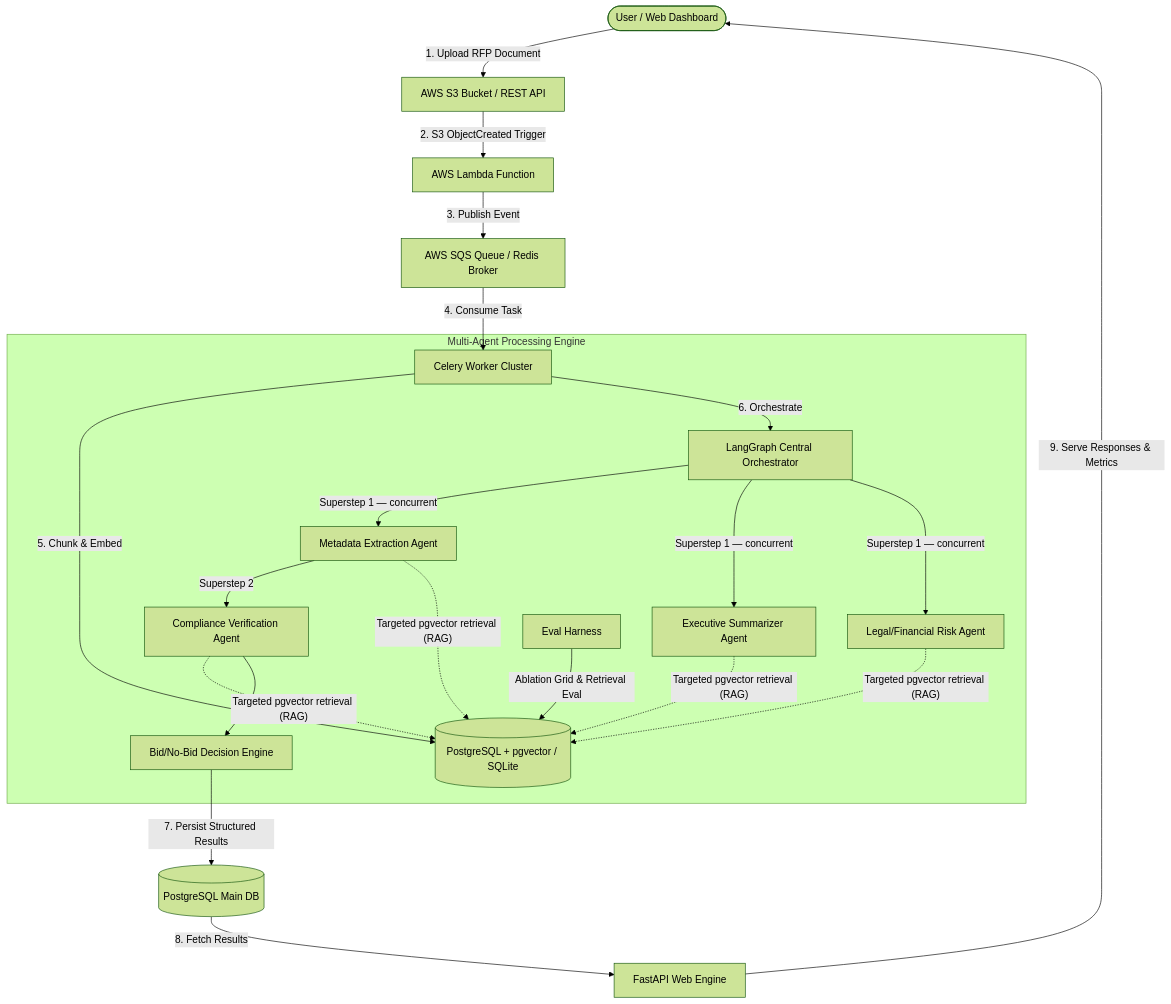
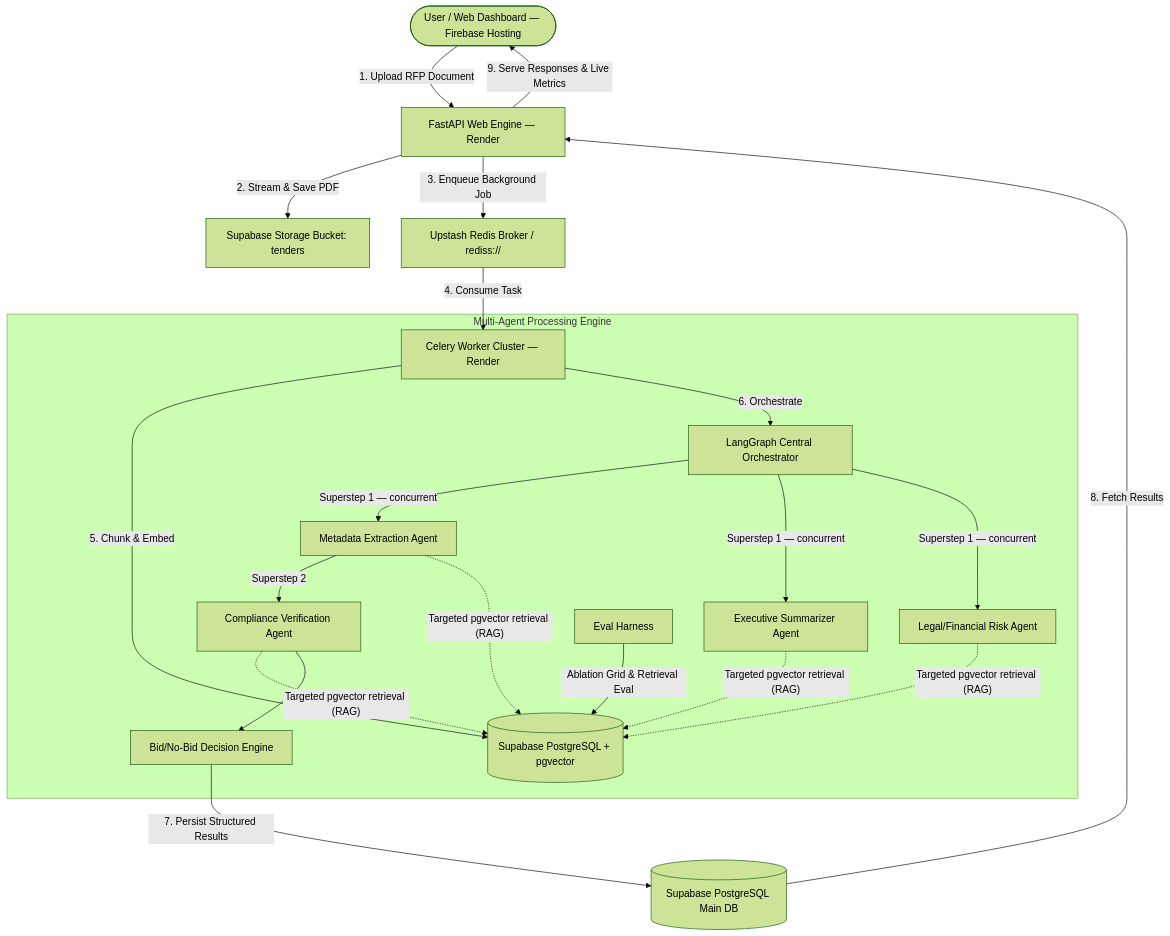
The diagram in README.md (sharma614/Tender_AI), drawn with Mermaid (forest theme) before and after one commit. The commit also changed other lines of this file and 8 other files, not shown here.

````diff
--- a/README.md
+++ b/README.md
@@ -39,26 +43,26 @@
 ```mermaid
 graph TD
-    User([User / Web Dashboard]) -->|1. Upload RFP Document| S3[AWS S3 Bucket / REST API]
-    S3 -->|2. S3 ObjectCreated Trigger| Lambda[AWS Lambda Function]
-    Lambda -->|3. Publish Event| SQS[AWS SQS Queue / Redis Broker]
-    SQS -->|4. Consume Task| Worker[Celery Worker Cluster]
+    User([User / Web Dashboard — Firebase Hosting]) -->|1. Upload RFP Document| API[FastAPI Web Engine — Render]
+    API -->|2. Stream & Save PDF| SupaStorage[Supabase Storage Bucket: tenders]
+    API -->|3. Enqueue Background Job| Redis[Upstash Redis Broker / rediss://]
+    Redis -->|4. Consume Task| Worker[Celery Worker Cluster — Render]
 
     subgraph Multi-Agent Processing Engine
-        Worker -->|5. Chunk & Embed| PGVector[(PostgreSQL + pgvector / SQLite)]
+        Worker -->|5. Chunk & Embed| PGVector[(Supabase PostgreSQL + pgvector)]
         Worker -->|6. Orchestrate| LangGraph[LangGraph Central Orchestrator]
 
         LangGraph -->|Superstep 1 — concurrent| Agent1[Metadata Extraction Agent]
         LangGraph -->|Superstep 1 — concurrent| Agent2[Executive Summarizer Agent]
         LangGraph -->|Superstep 1 — concurrent| Agent3[Legal/Financial Risk Agent]
 
         Agent1 -->|Superstep 2| Agent4[Compliance Verification Agent]
         Agent1 & Agent2 & Agent3 & Agent4 -.->|"Targeted pgvector retrieval (RAG)"| PGVector
 
         Agent4 --> Engine[Bid/No-Bid Decision Engine]
         EvalHarness[Eval Harness] -->|"Ablation Grid & Retrieval Eval"| PGVector
     end
 
-    Engine -->|7. Persist Structured Results| MainDB[(PostgreSQL Main DB)]
-    MainDB -->|8. Fetch Results| API[FastAPI Web Engine]
-    API -->|9. Serve Responses & Metrics| User
+    Engine -->|7. Persist Structured Results| MainDB[(Supabase PostgreSQL Main DB)]
+    MainDB -->|8. Fetch Results| API
+    API -->|9. Serve Responses & Live Metrics| User
 ```
````
